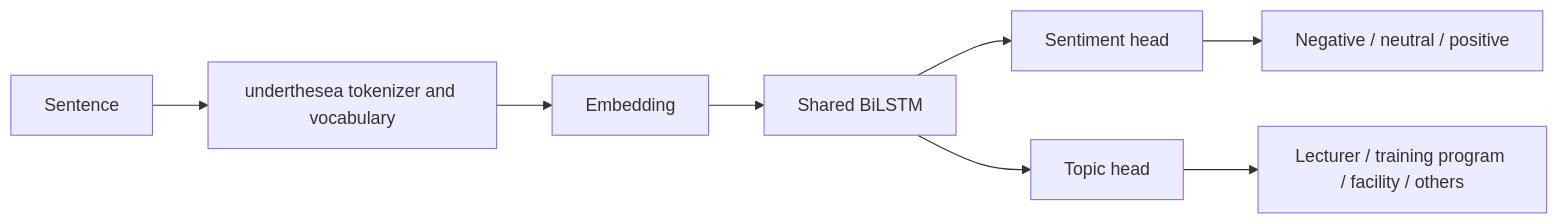
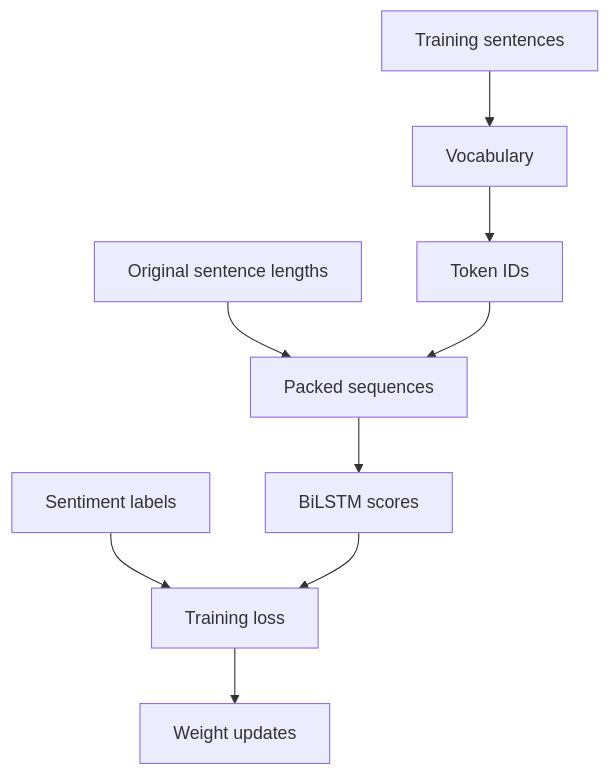
The second of 6 diagrams in WORKFLOW.md (nhatdevzizi/ABSA), drawn with Mermaid before and after one commit. The commit also changed other lines of this file and 4 other files, not shown here.

````diff
--- a/WORKFLOW.md
+++ b/WORKFLOW.md
@@ -30,10 +31,11 @@
 ```mermaid
-graph LR
-    S[Sentence] --> T[underthesea tokenizer and vocabulary]
-    T --> E[Embedding]
-    E --> L[Shared BiLSTM]
-    L --> SH[Sentiment head]
-    L --> TH[Topic head]
-    SH --> SL[Negative / neutral / positive]
-    TH --> TL[Lecturer / training program / facility / others]
+graph TD
+    A[Training sentences] --> B[Vocabulary]
+    B --> C[Token IDs]
+    D[Original sentence lengths] --> E[Packed sequences]
+    C --> E
+    E --> F[BiLSTM scores]
+    G[Sentiment labels] --> H[Training loss]
+    F --> H
+    H --> I[Weight updates]
 ```
````
